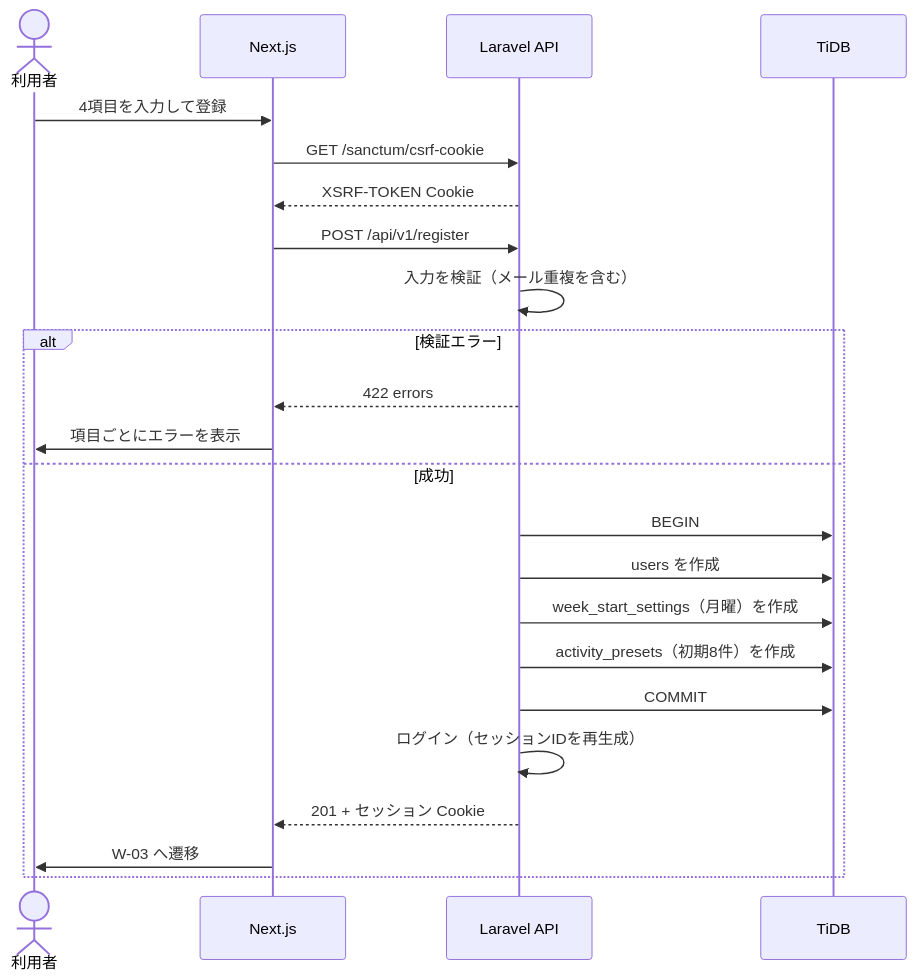
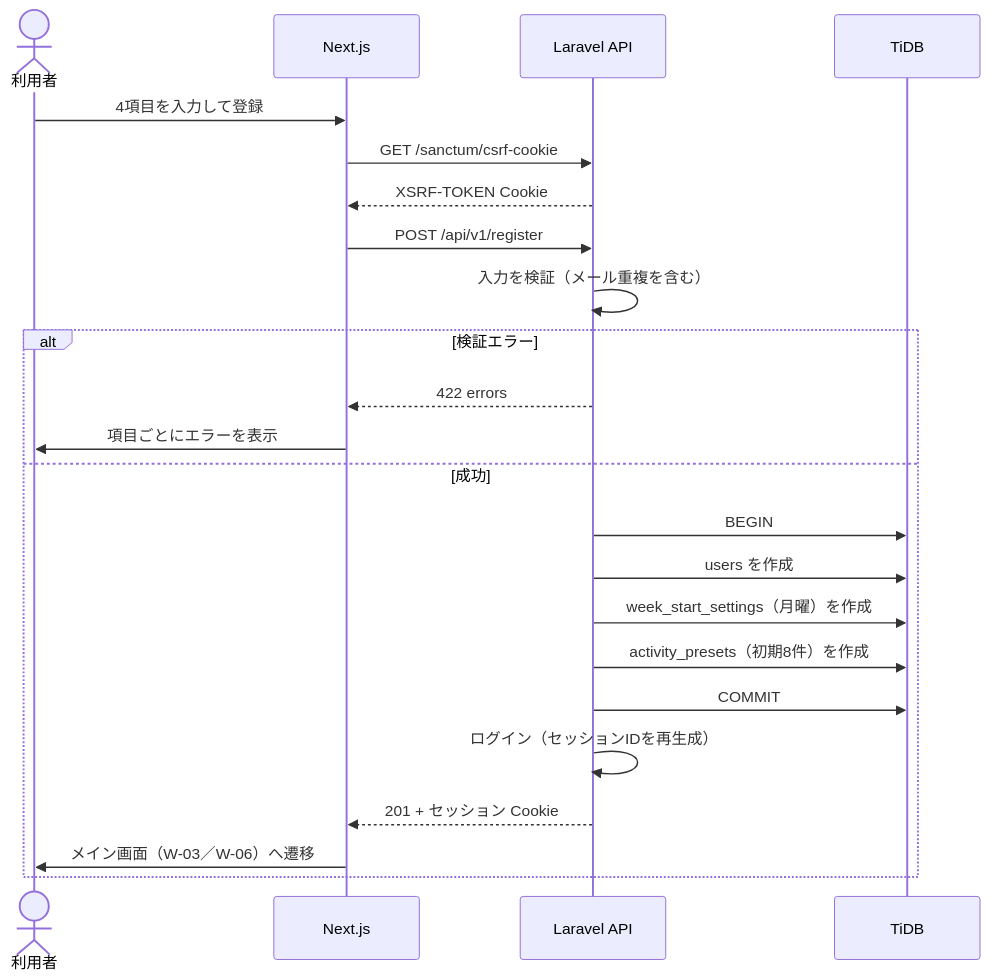
The diagram in docs/design/F-01_ユーザー登録.md (fm5889rx/repace-app), drawn with Mermaid before and after one commit. The commit also changed other lines of this file and 13 other files, not shown here.

````diff
--- a/docs/design/F-01_ユーザー登録.md
+++ b/docs/design/F-01_ユーザー登録.md
@@ -56,25 +56,25 @@
 ```mermaid
 sequenceDiagram
     actor U as 利用者
     participant F as Next.js
     participant A as Laravel API
     participant D as TiDB
     U->>F: 4項目を入力して登録
     F->>A: GET /sanctum/csrf-cookie
     A-->>F: XSRF-TOKEN Cookie
     F->>A: POST /api/v1/register
     A->>A: 入力を検証（メール重複を含む）
     alt 検証エラー
         A-->>F: 422 errors
         F->>U: 項目ごとにエラーを表示
     else 成功
         A->>D: BEGIN
         A->>D: users を作成
         A->>D: week_start_settings（月曜）を作成
         A->>D: activity_presets（初期8件）を作成
         A->>D: COMMIT
         A->>A: ログイン（セッションIDを再生成）
         A-->>F: 201 + セッション Cookie
-        F->>U: W-03 へ遷移
+        F->>U: メイン画面（W-03／W-06）へ遷移
     end
 ```
````
